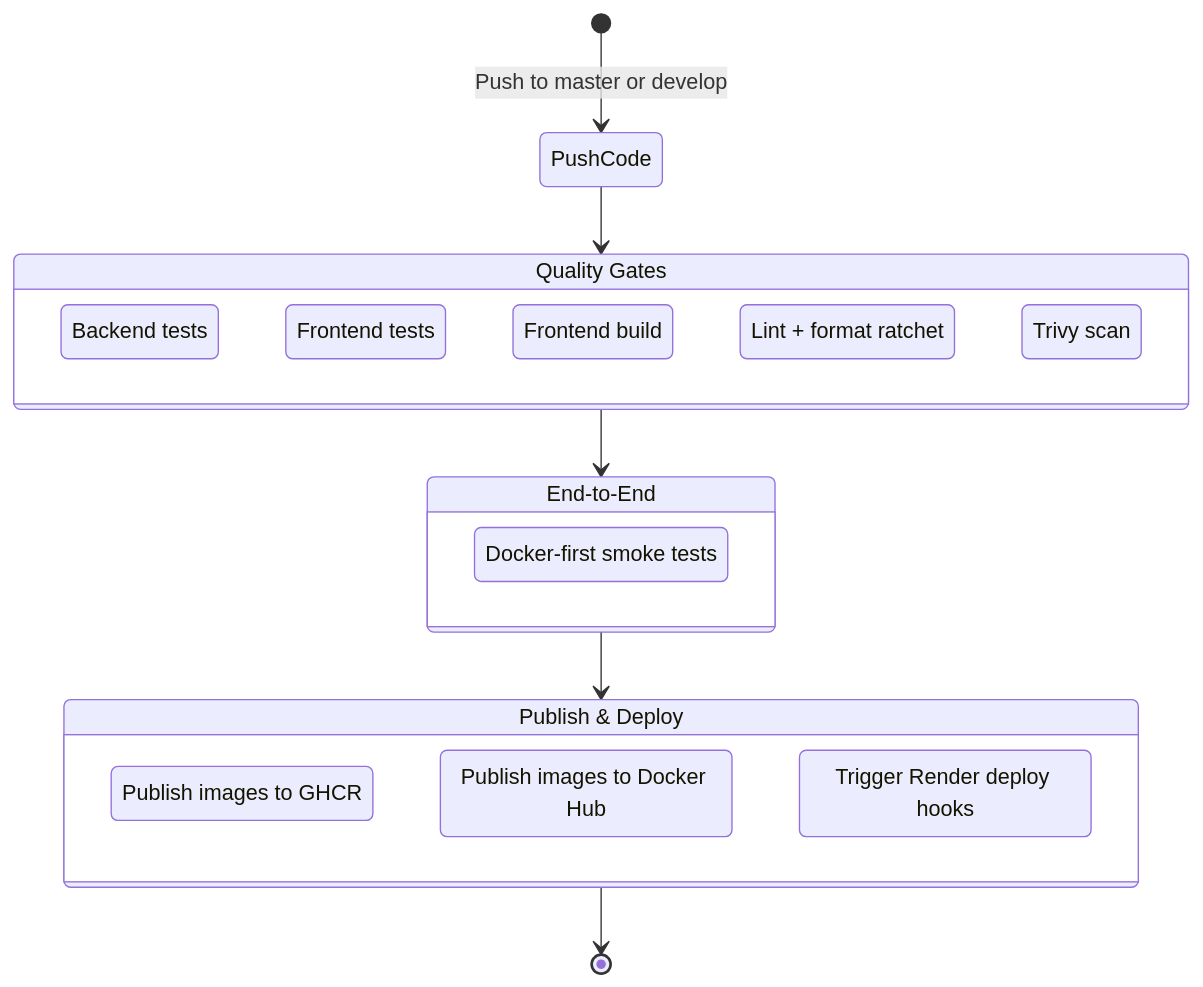
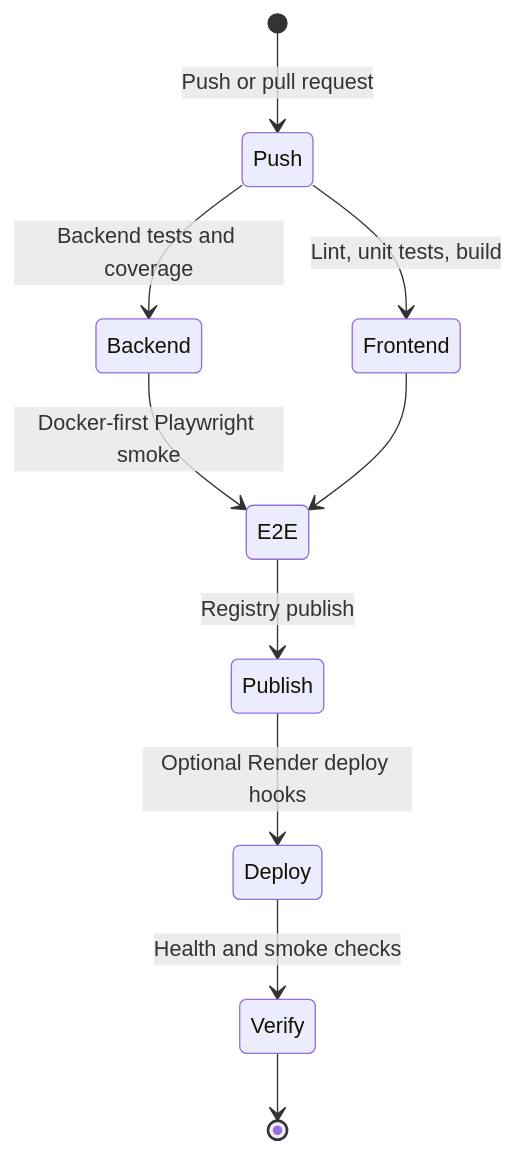
The second of 2 diagrams in docs/architecture-and-cicd.md (JasonTM17/Ecommerce_BookStore), drawn with Mermaid before and after one commit. The commit also changed other lines of this file and 12 other files, not shown here.

````diff
--- a/docs/architecture-and-cicd.md
+++ b/docs/architecture-and-cicd.md
@@ -60,29 +49,12 @@
 ```mermaid
 stateDiagram-v2
-    [*] --> PushCode: Push to master or develop
-
-    state "Quality Gates" as Gates {
-        BackendTest: Backend tests
-        FrontendTest: Frontend tests
-        FrontendBuild: Frontend build
-        CodeQuality: Lint + format ratchet
-        SecurityScan: Trivy scan
-    }
-
-    PushCode --> Gates
-    Gates --> E2E
-
-    state "End-to-End" as E2E {
-        Playwright: Docker-first smoke tests
-    }
-
-    E2E --> Publish
-
-    state "Publish & Deploy" as Publish {
-        GHCR: Publish images to GHCR
-        DockerHub: Publish images to Docker Hub
-        Render: Trigger Render deploy hooks
-    }
-
-    Publish --> [*]
+    [*] --> Push: Push or pull request
+    Push --> Backend: Backend tests and coverage
+    Push --> Frontend: Lint, unit tests, build
+    Backend --> E2E: Docker-first Playwright smoke
+    Frontend --> E2E
+    E2E --> Publish: Registry publish
+    Publish --> Deploy: Optional Render deploy hooks
+    Deploy --> Verify: Health and smoke checks
+    Verify --> [*]
 ```
````
